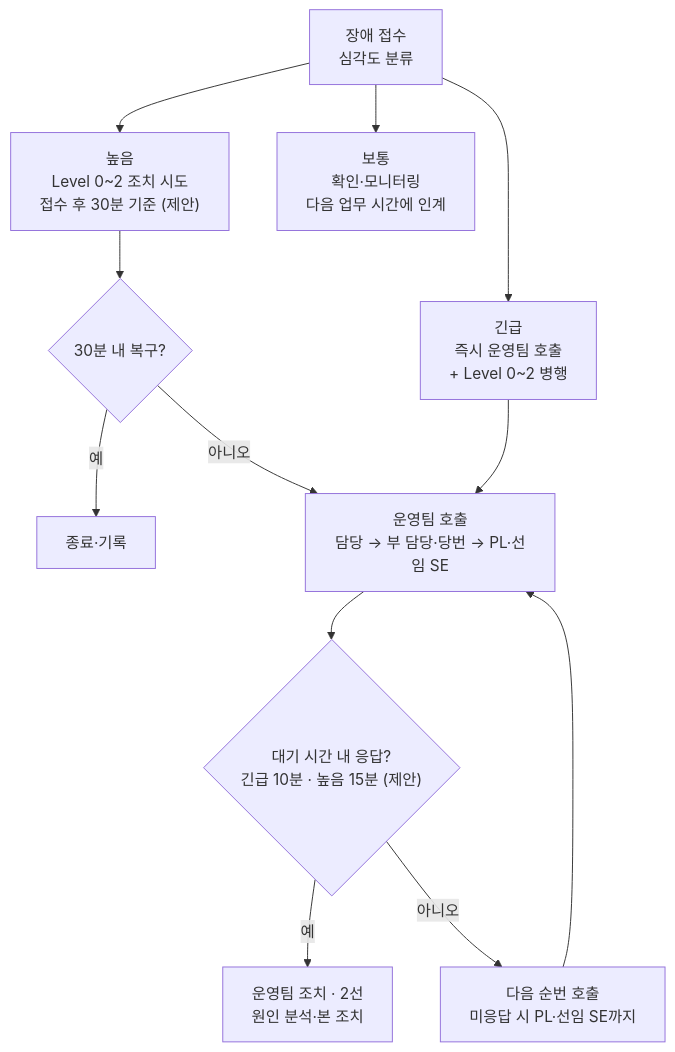
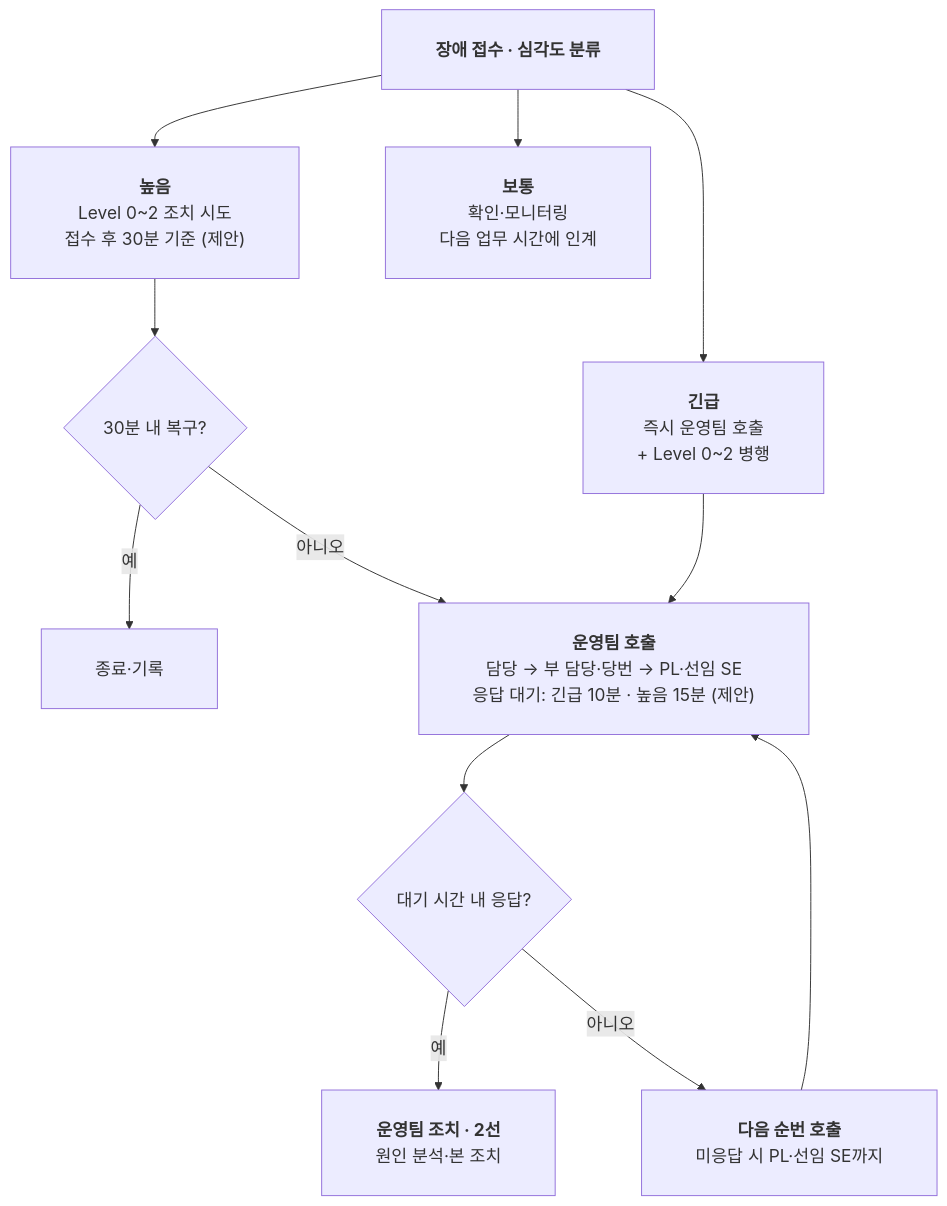
The second of 2 diagrams in Report/2026/COTS운영팀_상황실_운영_RnR_정의서_v0.1.md (HuntKim/DL_Boss), drawn with Mermaid before and after one commit. The commit also changed other lines of this file, not shown here.

First line of the commit message:
Widen Mermaid diagrams in R&R 정의서 (그림 1·2)

````diff
--- a/Report/2026/COTS운영팀_상황실_운영_RnR_정의서_v0.1.md
+++ b/Report/2026/COTS운영팀_상황실_운영_RnR_정의서_v0.1.md
@@ -144,14 +142,15 @@
 ```mermaid
+%%{init: {"themeVariables":{"fontSize":"18px"},"flowchart":{"nodeSpacing":90,"rankSpacing":60,"padding":28,"wrappingWidth":460}}}%%
 flowchart TD
-    A["장애 접수<br/>심각도 분류"] --> C1["긴급<br/>즉시 운영팀 호출<br/>+ Level 0~2 병행"]
-    A --> C2["높음<br/>Level 0~2 조치 시도<br/>접수 후 30분 기준 (제안)"]
-    A --> C3["보통<br/>확인·모니터링<br/>다음 업무 시간에 인계"]
+    A["<b>장애 접수 · 심각도 분류</b>"] --> C2["<b>높음</b><br/>Level 0~2 조치 시도<br/>접수 후 30분 기준 (제안)"]
+    A --> C3["<b>보통</b><br/>확인·모니터링<br/>다음 업무 시간에 인계"]
+    A --> C1["<b>긴급</b><br/>즉시 운영팀 호출<br/>+ Level 0~2 병행"]
     C2 --> D{"30분 내 복구?"}
     D -- 예 --> E["종료·기록"]
     D -- 아니오 --> F
-    C1 --> F["운영팀 호출<br/>담당 → 부 담당·당번 → PL·선임 SE"]
-    F --> G{"대기 시간 내 응답?<br/>긴급 10분 · 높음 15분 (제안)"}
-    G -- 예 --> H["운영팀 조치 · 2선<br/>원인 분석·본 조치"]
-    G -- 아니오 --> I["다음 순번 호출<br/>미응답 시 PL·선임 SE까지"]
+    C1 --> F["<b>운영팀 호출</b><br/>담당 → 부 담당·당번 → PL·선임 SE<br/>응답 대기: 긴급 10분 · 높음 15분 (제안)"]
+    F --> G{"대기 시간 내 응답?"}
+    G -- 예 --> H["<b>운영팀 조치 · 2선</b><br/>원인 분석·본 조치"]
+    G -- 아니오 --> I["<b>다음 순번 호출</b><br/>미응답 시 PL·선임 SE까지"]
     I --> F
 ```
````
